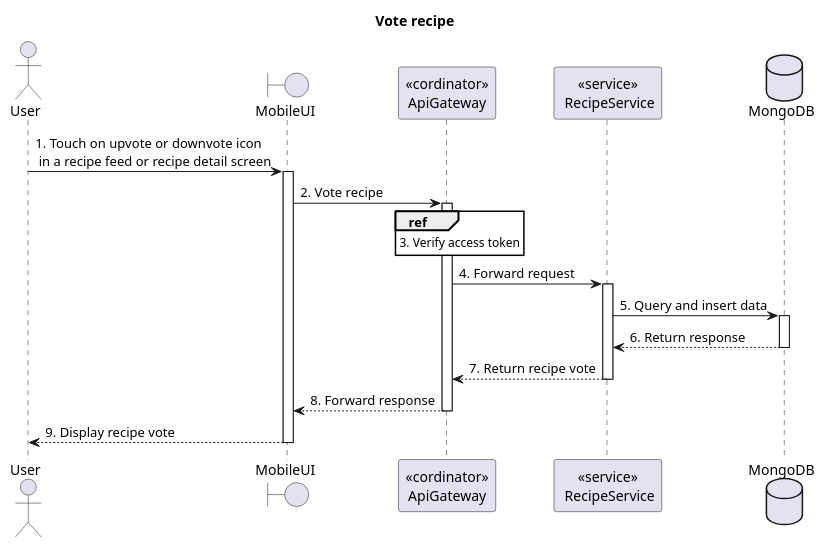
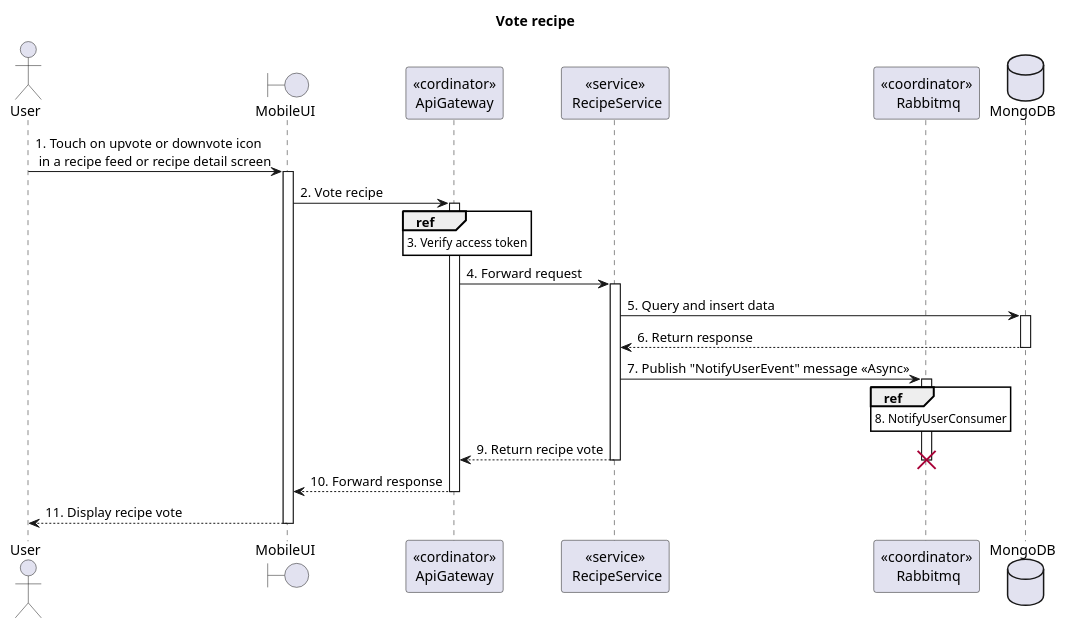
Before and after one commit to Carl-Johnsons/tastopia: the diagram in doc/SDS/Recipe/Vote recipe/Sequence.plantuml, drawn with PlantUML. The commit also changed 5 other files, not shown here.

Commit message:
doc: add notification sequence diagrams

```diff
--- a/doc/SDS/Recipe/Vote recipe/Sequence.plantuml
+++ b/doc/SDS/Recipe/Vote recipe/Sequence.plantuml
@@ -1,32 +1,37 @@
 @startuml Sequence
 title "Vote recipe"
 <style>
   sequenceDiagram {
     reference {
       BackGroundColor white
     }
 }
 </style>
 
 actor User
 boundary MobileUI
 participant "<<cordinator>>\nApiGateway" as ApiGateway
 participant "<<service>>\n RecipeService" as RecipeService
+participant "<<coordinator>>\n Rabbitmq" as Rabbitmq
 database MongoDB
 
 User -> MobileUI++: 1. Touch on upvote or downvote icon \n in a recipe feed or recipe detail screen
 
 MobileUI -> ApiGateway++: 2. Vote recipe
 
 ref over ApiGateway: 3. Verify access token
 
 ApiGateway -> RecipeService++: 4. Forward request
 
 database MongoDB
 RecipeService -> MongoDB++: 5. Query and insert data
 RecipeService <-- MongoDB--: 6. Return response
 
-ApiGateway <-- RecipeService--: 7. Return recipe vote
-MobileUI <-- ApiGateway--: 8. Forward response
-User <-- MobileUI--: 9. Display recipe vote
+RecipeService -> Rabbitmq++: 7. Publish "NotifyUserEvent" message <<Async>>
+ref over Rabbitmq: 8. NotifyUserConsumer
+
+ApiGateway <-- RecipeService--: 9. Return recipe vote
+destroy Rabbitmq
+MobileUI <-- ApiGateway--: 10. Forward response
+User <-- MobileUI--: 11. Display recipe vote
 @enduml
```
